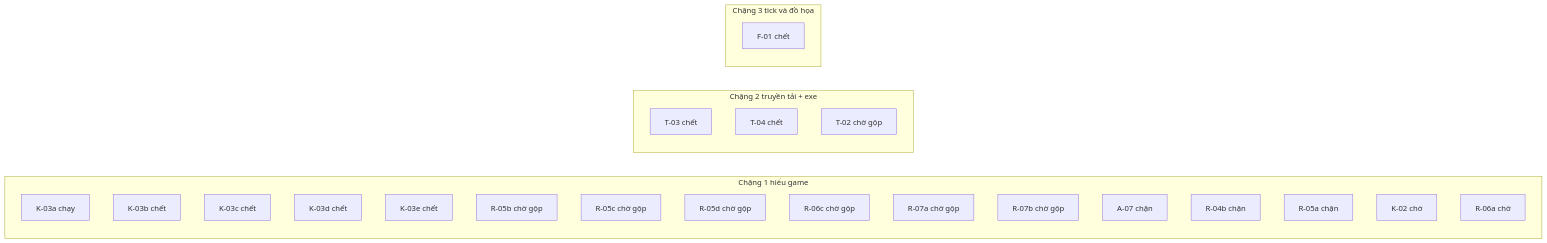
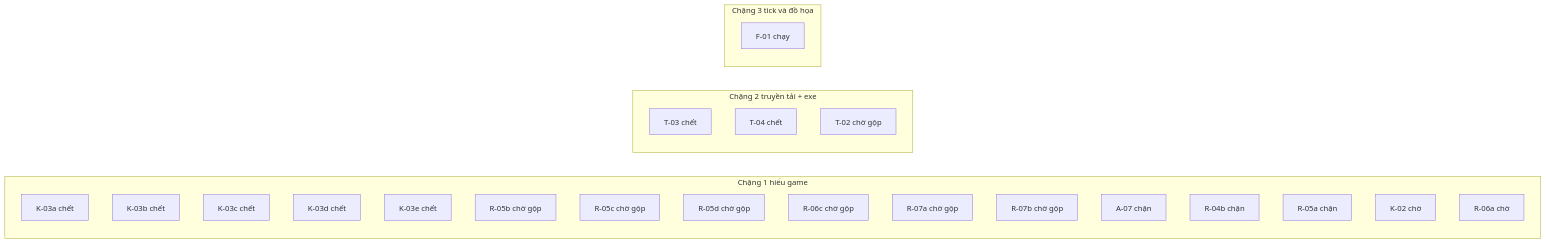
The diagram in JX1_OPS/STATE/TIEN-DO.md (ndtangoss-dev/jx1-reports), drawn with Mermaid before and after one commit. The commit also changed other lines of this file and 3 other files, not shown here.

````diff
--- a/JX1_OPS/STATE/TIEN-DO.md
+++ b/JX1_OPS/STATE/TIEN-DO.md
@@ -9,29 +9,29 @@
 ```mermaid
 flowchart LR
   subgraph S1["Chặng 1 hiểu game"]
-    K_03a["K-03a chạy"]
+    K_03a["K-03a chết"]
     K_03b["K-03b chết"]
     K_03c["K-03c chết"]
     K_03d["K-03d chết"]
     K_03e["K-03e chết"]
     R_05b["R-05b chờ gộp"]
     R_05c["R-05c chờ gộp"]
     R_05d["R-05d chờ gộp"]
     R_06c["R-06c chờ gộp"]
     R_07a["R-07a chờ gộp"]
     R_07b["R-07b chờ gộp"]
     A_07["A-07 chặn"]
     R_04b["R-04b chặn"]
     R_05a["R-05a chặn"]
     K_02["K-02 chờ"]
     R_06a["R-06a chờ"]
   end
   subgraph S2["Chặng 2 truyền tải + exe"]
     T_03["T-03 chết"]
     T_04["T-04 chết"]
     T_02["T-02 chờ gộp"]
   end
   subgraph S3["Chặng 3 tick và đồ họa"]
-    F_01["F-01 chết"]
+    F_01["F-01 chạy"]
   end
 ```
````
